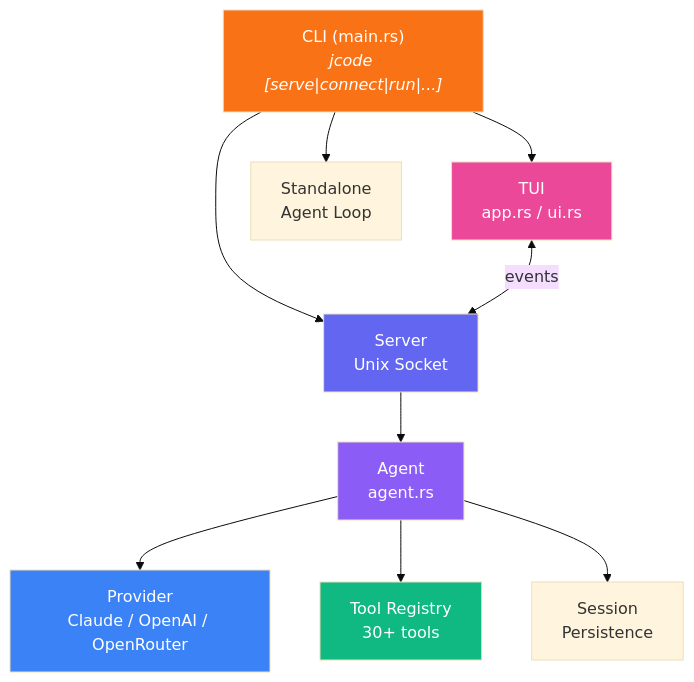
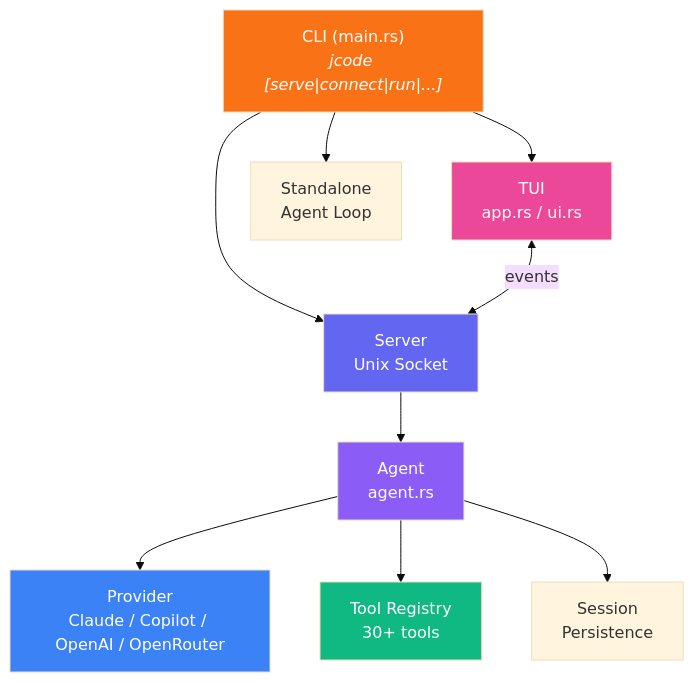
One commit to zipadoodlez/kcode changed the first of 12 diagrams in README.md. Above: the diagram before and after it, drawn with Mermaid (base theme). The commit also changed other lines of this file, not shown here.

First line of the commit message:
Add GitHub Copilot as provider in README

````diff
--- a/README.md
+++ b/README.md
@@ -203,22 +205,22 @@
 ```mermaid
 graph TB
     CLI["CLI (main.rs)<br><i>jcode [serve|connect|run|...]</i>"]
 
     CLI --> TUI["TUI<br>app.rs / ui.rs"]
     CLI --> Server["Server<br>Unix Socket"]
     CLI --> Standalone["Standalone<br>Agent Loop"]
 
     Server --> Agent["Agent<br>agent.rs"]
     TUI <-->|events| Server
 
-    Agent --> Provider["Provider<br>Claude / OpenAI / OpenRouter"]
+    Agent --> Provider["Provider<br>Claude / Copilot / OpenAI / OpenRouter"]
     Agent --> Registry["Tool Registry<br>30+ tools"]
     Agent --> Session["Session<br>Persistence"]
 
     style CLI fill:#f97316,color:#fff
     style Agent fill:#8b5cf6,color:#fff
     style Provider fill:#3b82f6,color:#fff
     style Registry fill:#10b981,color:#fff
     style TUI fill:#ec4899,color:#fff
     style Server fill:#6366f1,color:#fff
 ```
````
